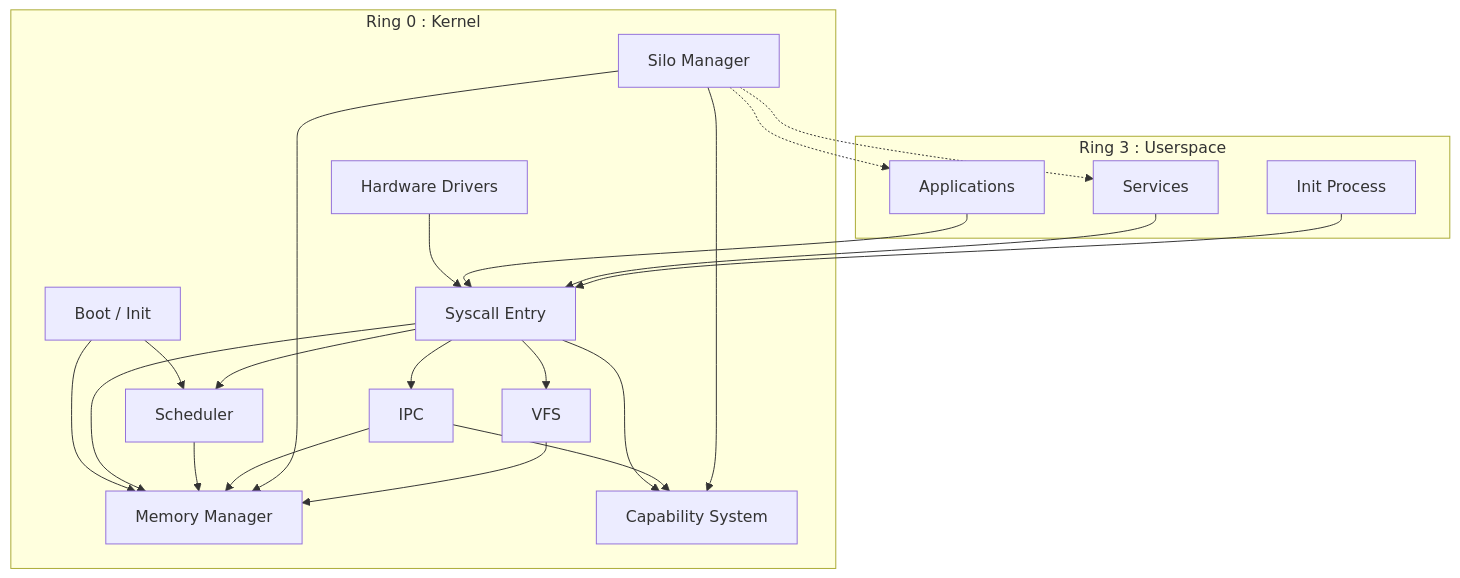
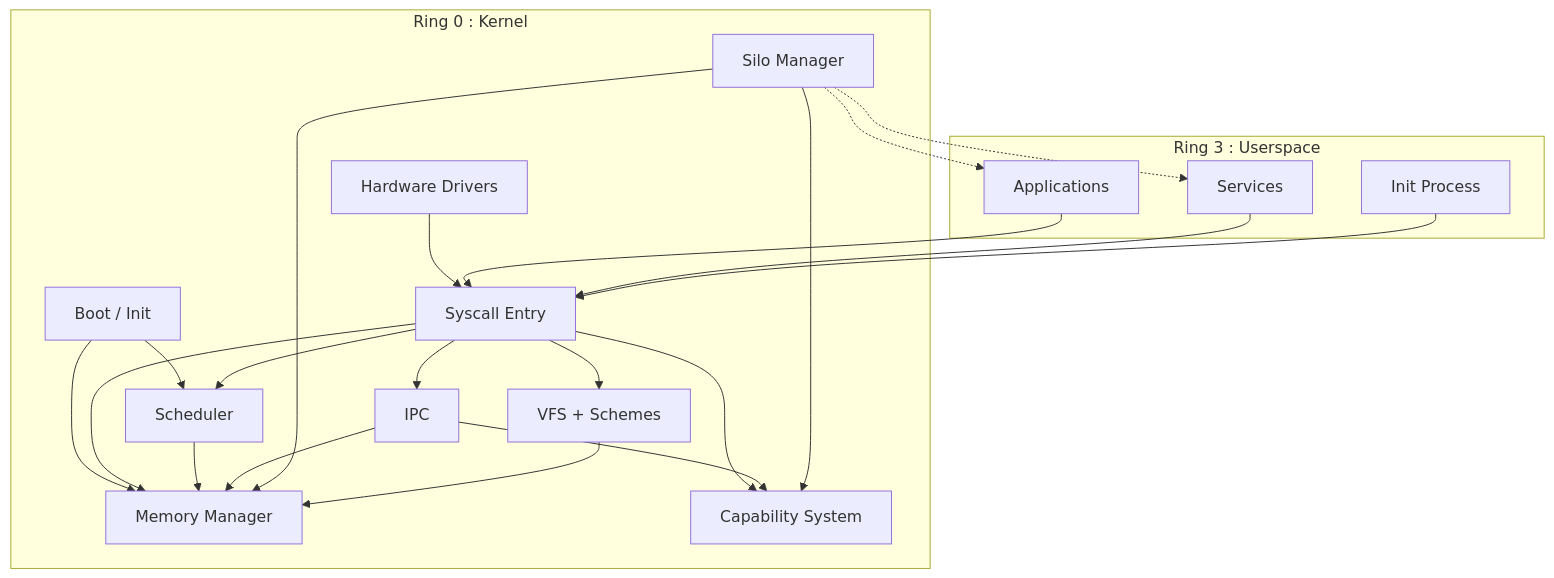
One commit to ggielly/strat9-os changed the first of 2 diagrams in docs-site/src/architecture.md. Above: the diagram before and after it, drawn with Mermaid. The commit also changed other lines of this file and 70 other files, not shown here.

````diff
--- a/docs-site/src/architecture.md
+++ b/docs-site/src/architecture.md
@@ -9,41 +11,41 @@
 ```mermaid
 graph TB
     subgraph "Ring 0 : Kernel"
         BOOT[Boot / Init]
         SCHED[Scheduler]
         MEM[Memory Manager]
         IPC[IPC]
         CAP[Capability System]
         SILO[Silo Manager]
-        VFS[VFS]
+        VFS[VFS + Schemes]
         SYSCALL[Syscall Entry]
         HW[Hardware Drivers]
     end
 
     subgraph "Ring 3 : Userspace"
         INIT[Init Process]
         APP[Applications]
         SVC[Services]
     end
 
     BOOT --> SCHED
     BOOT --> MEM
     SYSCALL --> SCHED
     SYSCALL --> MEM
     SYSCALL --> IPC
     SYSCALL --> CAP
     SYSCALL --> VFS
     SCHED --> MEM
     IPC --> MEM
     IPC --> CAP
     SILO --> CAP
     SILO --> MEM
     VFS --> MEM
     HW --> SYSCALL
 
     APP --> SYSCALL
     SVC --> SYSCALL
     INIT --> SYSCALL
     SILO -.-> APP
     SILO -.-> SVC
 ```
````
